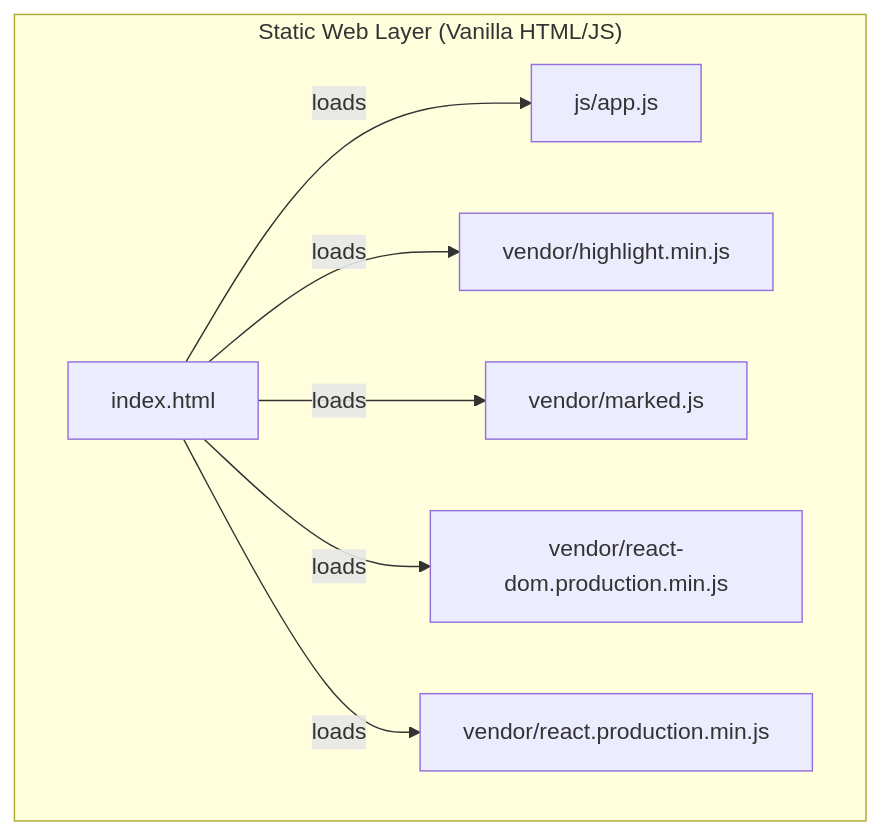
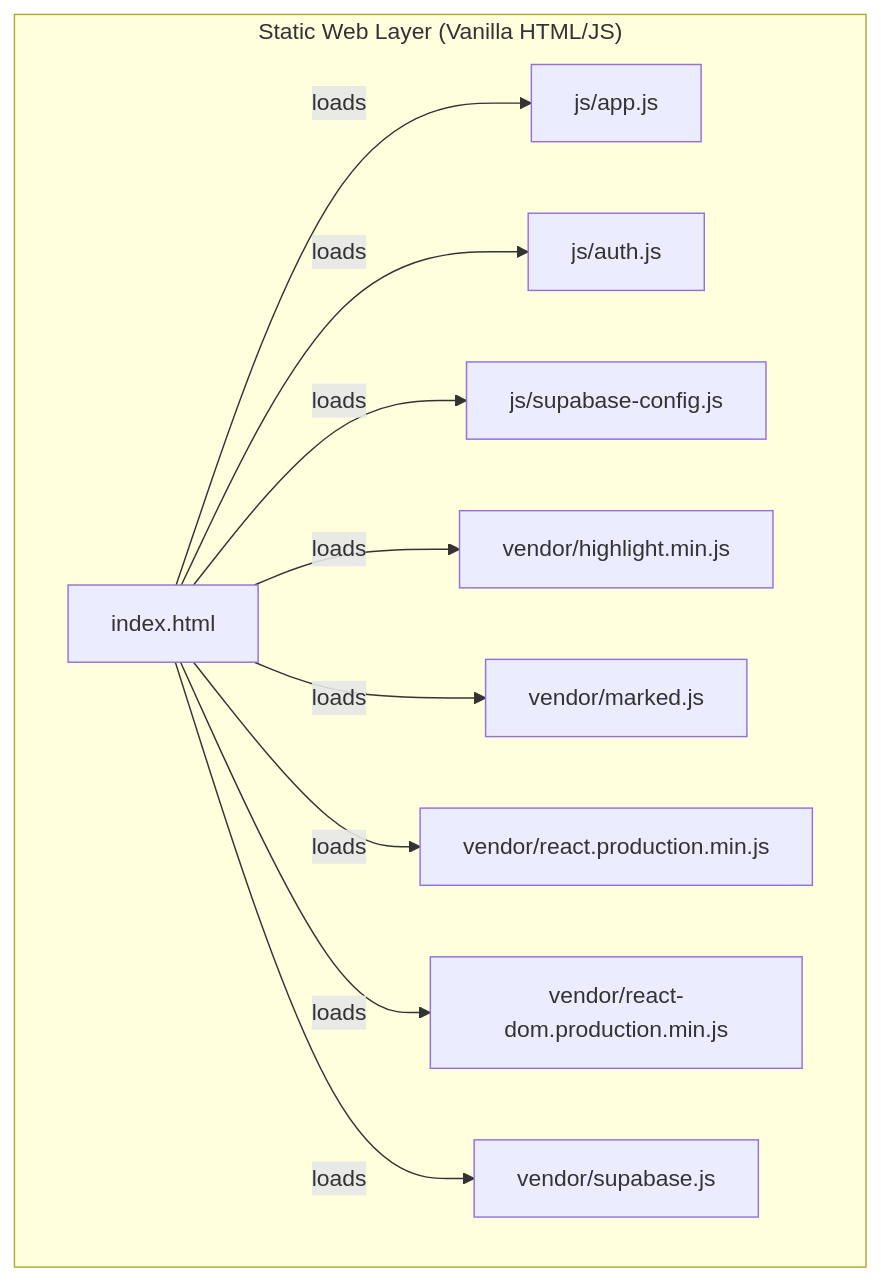
One commit to gokulsaraswat/Markdown-studio changed the diagram in .project-architecture.md. Above: the diagram before and after it, drawn with Mermaid. The commit also changed 10 other files, not shown here.

````diff
--- a/.project-architecture.md
+++ b/.project-architecture.md
@@ -5,10 +5,13 @@
 ```mermaid
 graph TD
     subgraph StaticLayer["Static Web Layer (Vanilla HTML/JS)"]
     index_html["index.html"] -->|loads| js_app_js["js/app.js"]
+    index_html["index.html"] -->|loads| js_auth_js["js/auth.js"]
+    index_html["index.html"] -->|loads| js_supabase_config_js["js/supabase-config.js"]
     index_html["index.html"] -->|loads| vendor_highlight_min_js["vendor/highlight.min.js"]
     index_html["index.html"] -->|loads| vendor_marked_js["vendor/marked.js"]
+    index_html["index.html"] -->|loads| vendor_react_production_min_js["vendor/react.production.min.js"]
     index_html["index.html"] -->|loads| vendor_react_dom_production_min_js["vendor/react-dom.production.min.js"]
-    index_html["index.html"] -->|loads| vendor_react_production_min_js["vendor/react.production.min.js"]
+    index_html["index.html"] -->|loads| vendor_supabase_js["vendor/supabase.js"]
     end
 ```
````
